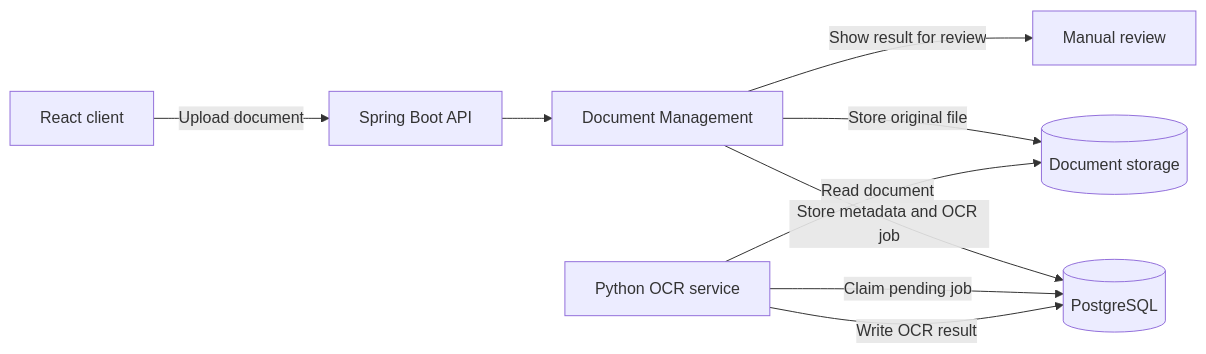
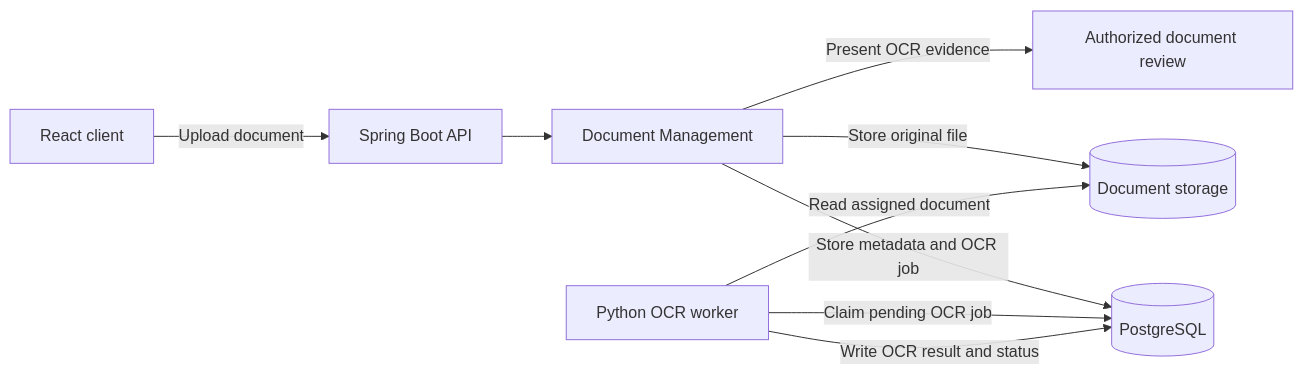
The first of 2 diagrams in docs/architecture/MER-ARCH-005-ocr-architecture.md (dongduy-dev/meridian-finance), drawn with Mermaid before and after one commit. The commit also changed other lines of this file and 7 other files, not shown here.

````diff
--- a/docs/architecture/MER-ARCH-005-ocr-architecture.md
+++ b/docs/architecture/MER-ARCH-005-ocr-architecture.md
@@ -73,19 +81,19 @@
 ```mermaid
 flowchart LR
     Client[React client]
     API[Spring Boot API]
     Document[Document Management]
     DB[(PostgreSQL)]
     Storage[(Document storage)]
-    OCR[Python OCR service]
-    Review[Manual review]
+    OCR[Python OCR worker]
+    Review[Authorized document review]
 
     Client -->|Upload document| API
     API --> Document
     Document -->|Store metadata and OCR job| DB
     Document -->|Store original file| Storage
-    OCR -->|Claim pending job| DB
-    OCR -->|Read document| Storage
-    OCR -->|Write OCR result| DB
-    Document -->|Show result for review| Review
+    OCR -->|Claim pending OCR job| DB
+    OCR -->|Read assigned document| Storage
+    OCR -->|Write OCR result and status| DB
+    Document -->|Present OCR evidence| Review
 ```
````
